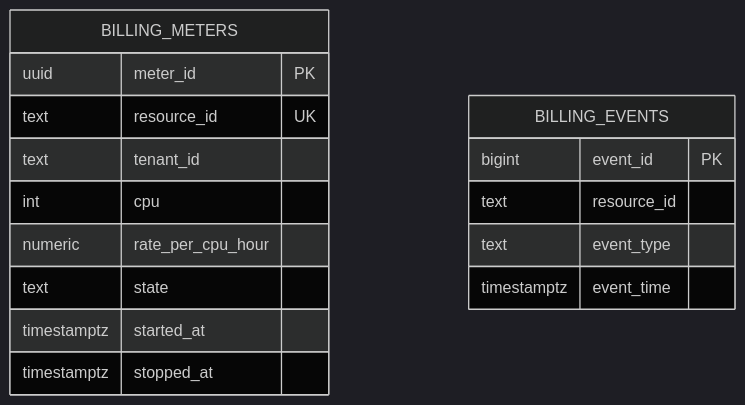
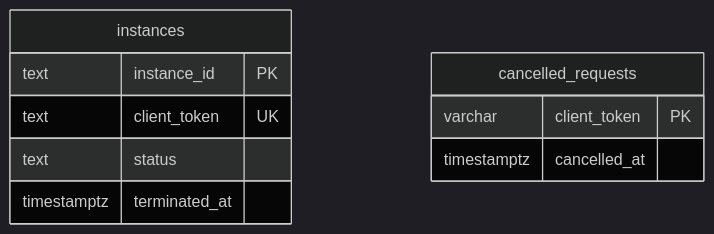
Before and after one commit to prajwalbhat39/microservice-cloud-resource-manager: the seventh of 8 diagrams in PROJECT_REPORT.md, drawn with Mermaid (dark theme). The commit also changed other lines of this file and 60 other files, not shown here.

````diff
--- a/PROJECT_REPORT.md
+++ b/PROJECT_REPORT.md
@@ -436,19 +241,13 @@
 ```mermaid
 erDiagram
-    BILLING_METERS {
-        uuid meter_id PK
-        text resource_id UK
-        text tenant_id
-        int cpu
-        numeric rate_per_cpu_hour
-        text state
-        timestamptz started_at
-        timestamptz stopped_at
+    instances {
+        text instance_id PK
+        text client_token UK
+        text status
+        timestamptz terminated_at
     }
-    BILLING_EVENTS {
-        bigint event_id PK
-        text resource_id
-        text event_type
-        timestamptz event_time
+    cancelled_requests {
+        varchar client_token PK
+        timestamptz cancelled_at
     }
 ```
````
